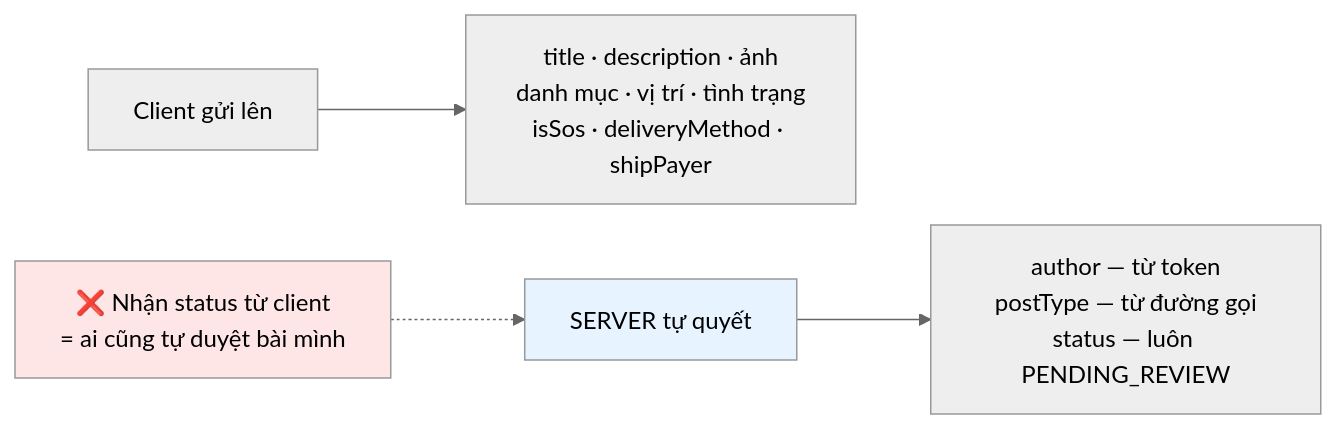
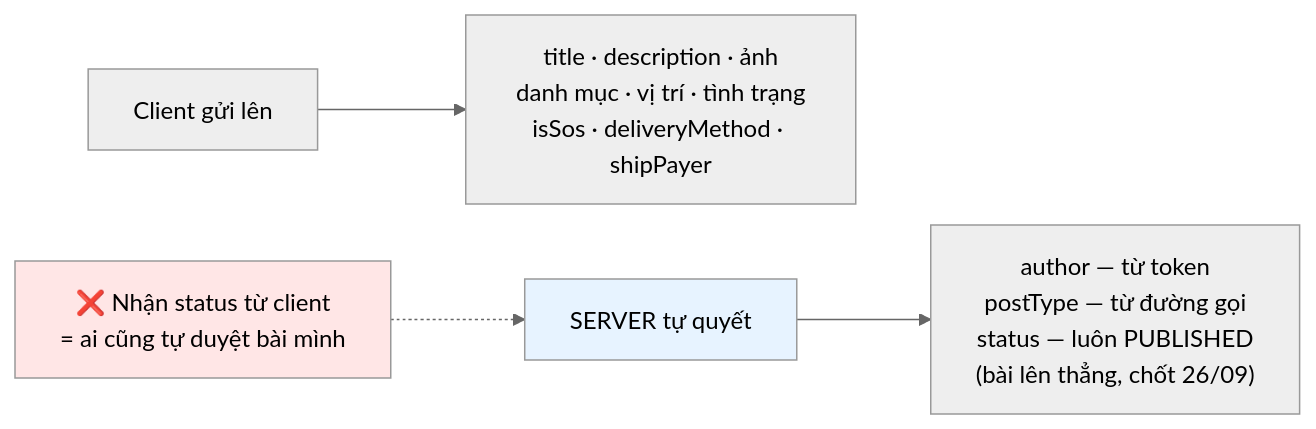
Before and after one commit to fdshn/trueheart: the fifth of 5 diagrams in docs/diagram/25-location-privacy.md, drawn with Mermaid (neutral theme). The commit also changed 30 other files, not shown here.

````diff
--- a/docs/diagram/25-location-privacy.md
+++ b/docs/diagram/25-location-privacy.md
@@ -94,10 +94,10 @@
 ```mermaid
 flowchart LR
     A["Client gửi lên"] --> B["title · description · ảnh<br/>danh mục · vị trí · tình trạng<br/>isSos · deliveryMethod · shipPayer"]
-    C["SERVER tự quyết"] --> D["author — từ token<br/>postType — từ đường gọi<br/>status — luôn PENDING_REVIEW"]
+    C["SERVER tự quyết"] --> D["author — từ token<br/>postType — từ đường gọi<br/>status — luôn PUBLISHED<br/>(bài lên thẳng, chốt 26/09)"]
 
     E["❌ Nhận status từ client<br/>= ai cũng tự duyệt bài mình"] -.-> C
 
     style C fill:#e7f3ff
     style E fill:#ffe6e6
 ```
````
